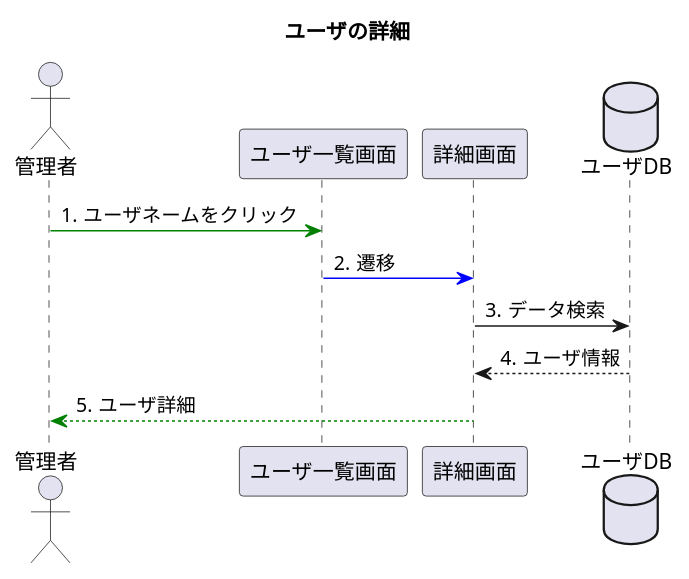
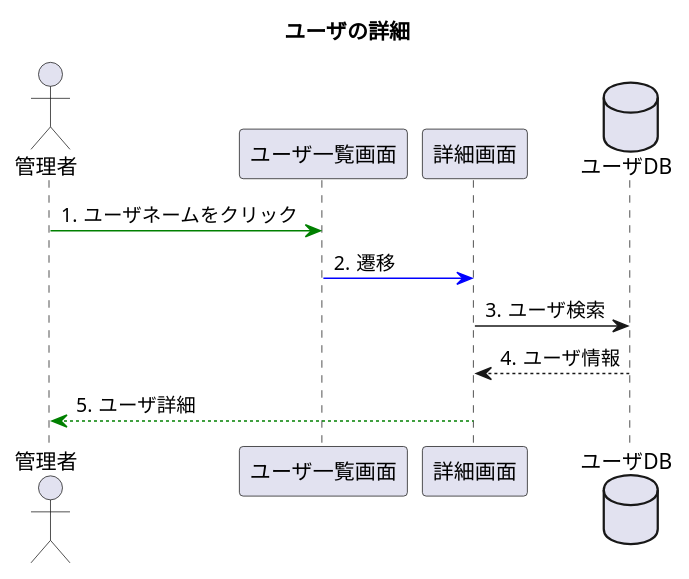
The diagram in uml/seq_detail.pu (toufu66/ProjectC), drawn with PlantUML before and after one commit.

Commit message:
シーケンス図 ユーザ詳細

```diff
--- a/uml/seq_detail.pu
+++ b/uml/seq_detail.pu
@@ -1,18 +1,18 @@
 @startuml
 title ユーザの詳細
 
 autonumber "#."
 
 actor 管理者
 participant ユーザ一覧画面
 participant 詳細画面
 database ユーザDB
 
 管理者 -[#green]> ユーザ一覧画面:ユーザネームをクリック
 ユーザ一覧画面 -[#blue]> 詳細画面:遷移
-詳細画面 -> ユーザDB:データ検索
+詳細画面 -> ユーザDB:ユーザ検索
 ユーザDB --> 詳細画面:ユーザ情報
 
 詳細画面 --[#green]> 管理者:ユーザ詳細
 
 @enduml
```
